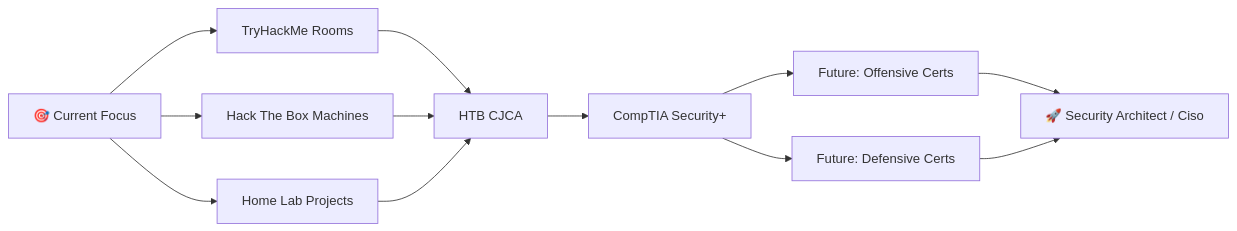
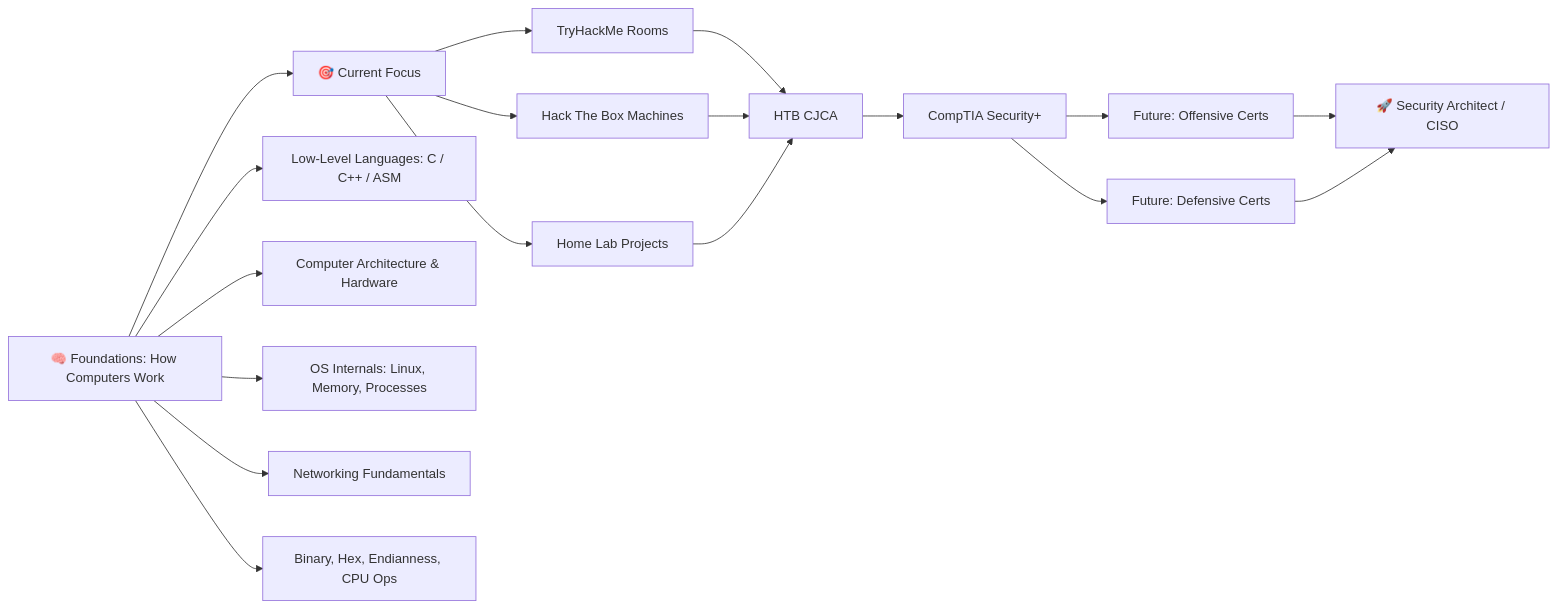
Before and after one commit to Agentpuggles/Agentpuggles: the diagram in README.md, drawn with Mermaid. The commit also changed other lines of this file, not shown here.

First line of the commit message:
Revise focus areas and add new skills in README

````diff
--- a/README.md
+++ b/README.md
@@ -184,14 +185,20 @@
 ```mermaid
 graph LR
-    A[🎯 Current Focus] --> B[TryHackMe Rooms]
+    Z[🧠 Foundations: How Computers Work] --> A[🎯 Current Focus]
+    Z --> Z1[Low-Level Languages: C / C++ / ASM]
+    Z --> Z2[Computer Architecture & Hardware]
+    Z --> Z3[OS Internals: Linux, Memory, Processes]
+    Z --> Z4[Networking Fundamentals]
+    Z --> Z5[Binary, Hex, Endianness, CPU Ops]
+    A --> B[TryHackMe Rooms]
     A --> C[Hack The Box Machines]
     A --> D[Home Lab Projects]
     B --> E[HTB CJCA]
     C --> E
     D --> E
     E --> F[CompTIA Security+]
     F --> G[Future: Offensive Certs]
     F --> H[Future: Defensive Certs]
-    G --> I[🚀 Security Architect / Ciso]
+    G --> I[🚀 Security Architect / CISO]
     H --> I
 ```
````
